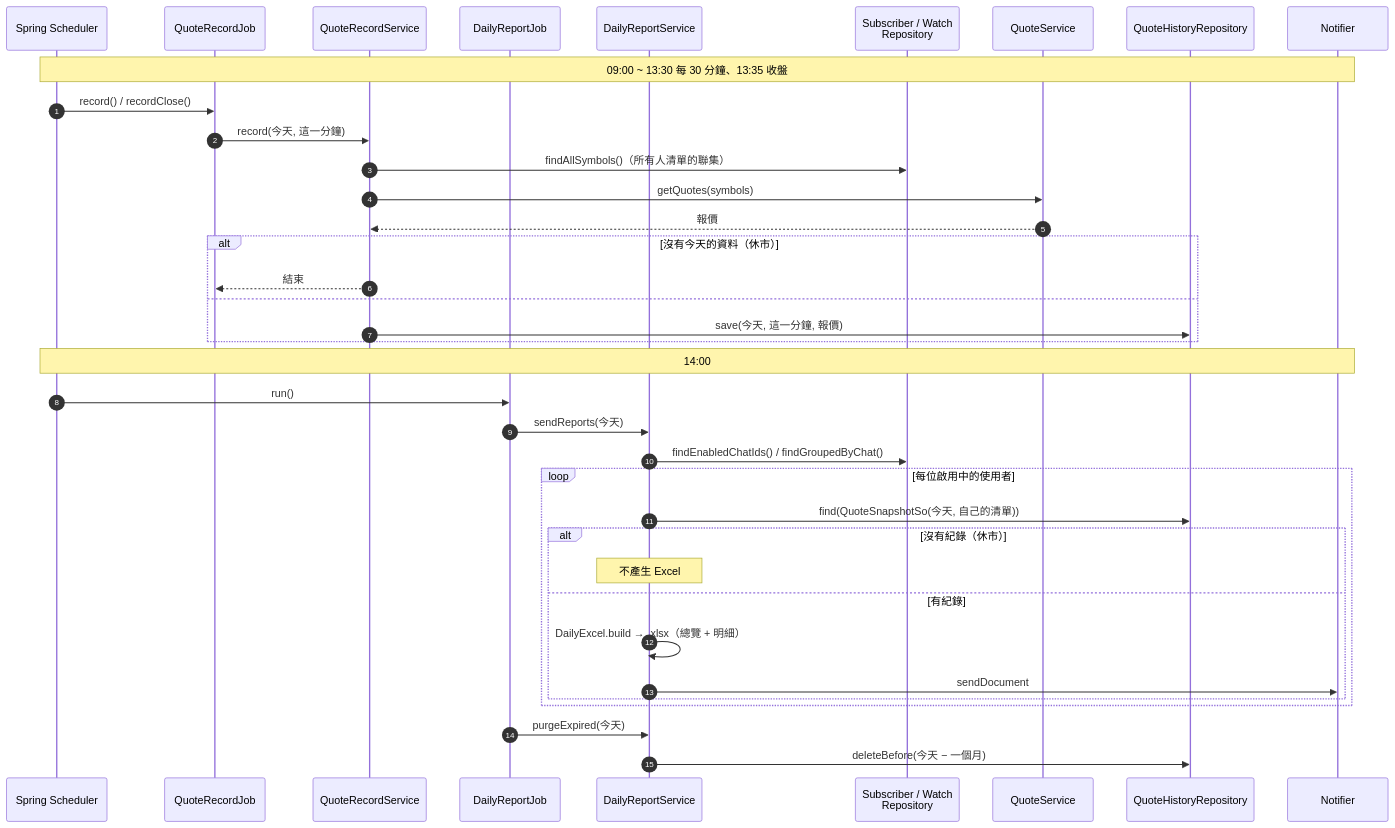
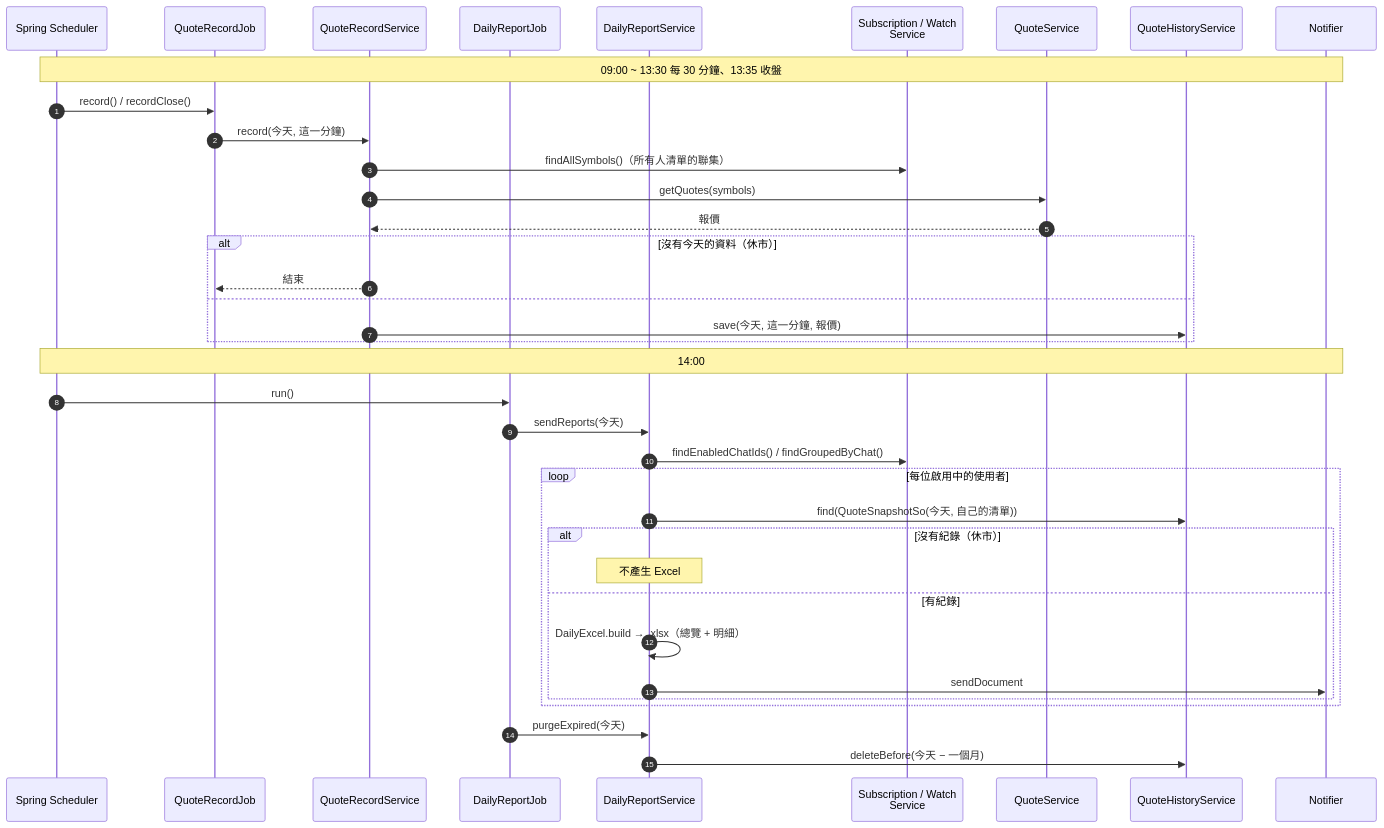
One commit to enochctcg/stock-bot-2 changed the fourth of 6 diagrams in docs/flow.md. Above: the diagram before and after it, drawn with Mermaid. The commit also changed other lines of this file and 98 other files, not shown here.

````diff
--- a/docs/flow.md
+++ b/docs/flow.md
@@ -164,41 +174,41 @@
 ```mermaid
 sequenceDiagram
     autonumber
     participant S as Spring Scheduler
     participant RJ as QuoteRecordJob
     participant RS as QuoteRecordService
     participant DJ as DailyReportJob
     participant DS as DailyReportService
-    participant R as Subscriber / Watch<br/>Repository
+    participant R as Subscription / Watch<br/>Service
     participant Q as QuoteService
-    participant H as QuoteHistoryRepository
+    participant H as QuoteHistoryService
     participant N as Notifier
 
     Note over S,N: 09:00 ~ 13:30 每 30 分鐘、13:35 收盤
     S->>RJ: record() / recordClose()
     RJ->>RS: record(今天, 這一分鐘)
     RS->>R: findAllSymbols()（所有人清單的聯集）
     RS->>Q: getQuotes(symbols)
     Q-->>RS: 報價
     alt 沒有今天的資料（休市）
         RS-->>RJ: 結束
     else
         RS->>H: save(今天, 這一分鐘, 報價)
     end
 
     Note over S,N: 14:00
     S->>DJ: run()
     DJ->>DS: sendReports(今天)
     DS->>R: findEnabledChatIds() / findGroupedByChat()
     loop 每位啟用中的使用者
         DS->>H: find(QuoteSnapshotSo(今天, 自己的清單))
         alt 沒有紀錄（休市）
             Note over DS: 不產生 Excel
         else 有紀錄
             DS->>DS: DailyExcel.build → .xlsx（總覽 + 明細）
             DS->>N: sendDocument
         end
     end
     DJ->>DS: purgeExpired(今天)
     DS->>H: deleteBefore(今天 − 一個月)
 ```
````
